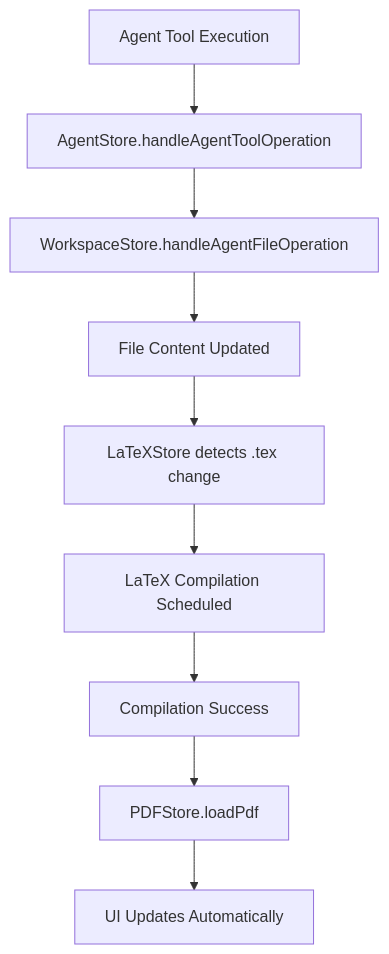
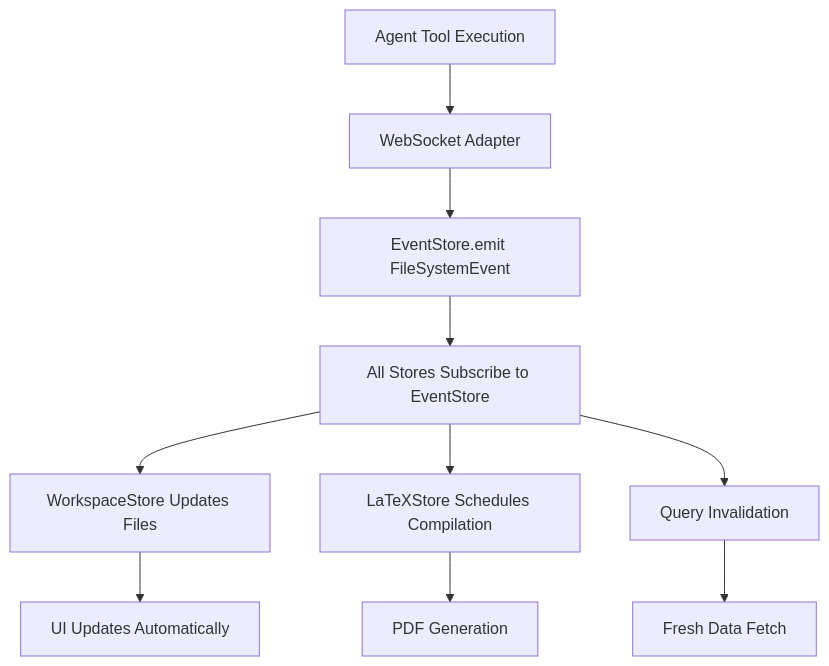
One commit to MHamzaAhmad/dcmt-ide changed the second of 4 diagrams in STATE.md. Above: the diagram before and after it, drawn with Mermaid. The commit also changed other lines of this file and 12 other files, not shown here.

First line of the commit message:
feat: Implement unified event system for file and agent events

````diff
--- a/STATE.md
+++ b/STATE.md
@@ -118,11 +173,12 @@
 ```mermaid
 graph TD
-    A[Agent Tool Execution] --> B[AgentStore.handleAgentToolOperation]
-    B --> C[WorkspaceStore.handleAgentFileOperation]
-    C --> D[File Content Updated]
-    D --> E[LaTeXStore detects .tex change]
-    E --> F[LaTeX Compilation Scheduled]
-    F --> G[Compilation Success]
-    G --> H[PDFStore.loadPdf]
-    H --> I[UI Updates Automatically]
+    A[Agent Tool Execution] --> B[WebSocket Adapter]
+    B --> C[EventStore.emit FileSystemEvent]
+    C --> D[All Stores Subscribe to EventStore]
+    D --> E[WorkspaceStore Updates Files]
+    D --> F[LaTeXStore Schedules Compilation]
+    D --> G[Query Invalidation]
+    E --> H[UI Updates Automatically]
+    F --> I[PDF Generation]
+    G --> J[Fresh Data Fetch]
 ```
````
